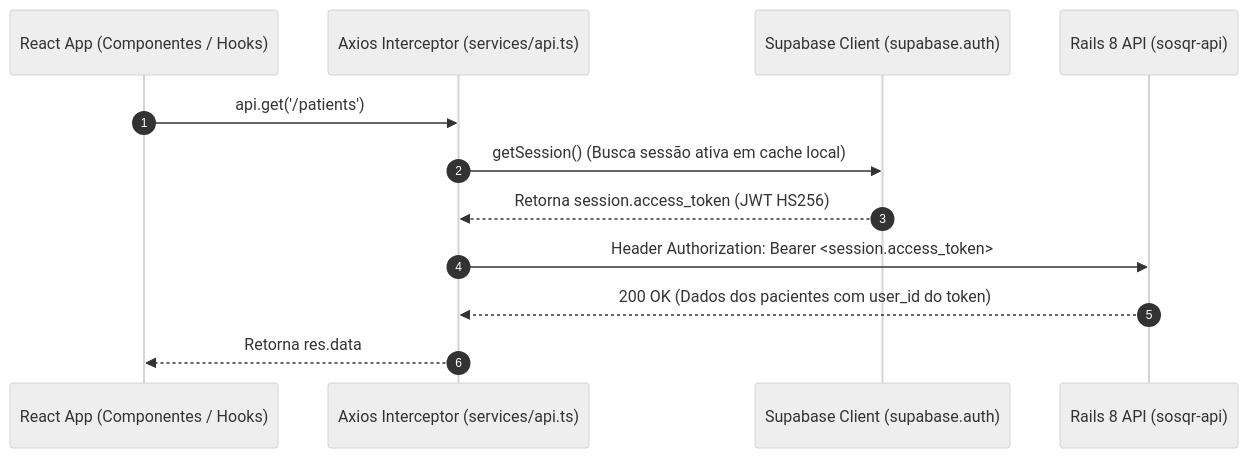
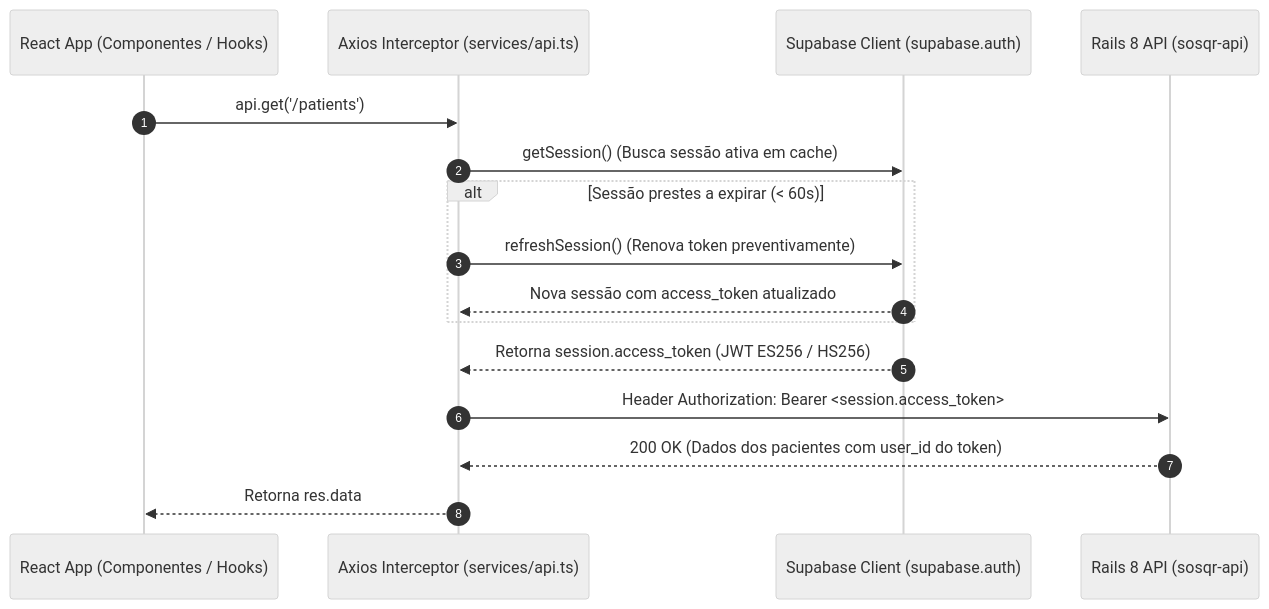
Before and after one commit to Giorkryer/sosqr: the second of 2 diagrams in frontend/sosqr-web/FRONTEND_SPEC.md, drawn with Mermaid (neutral theme). The commit also changed other lines of this file and 3 other files, not shown here.

````diff
--- a/frontend/sosqr-web/FRONTEND_SPEC.md
+++ b/frontend/sosqr-web/FRONTEND_SPEC.md
@@ -313,15 +320,19 @@
 ```mermaid
 sequenceDiagram
     autonumber
     participant React as React App (Componentes / Hooks)
     participant Axios as Axios Interceptor (services/api.ts)
     participant Supabase as Supabase Client (supabase.auth)
     participant Rails as Rails 8 API (sosqr-api)
 
     React->>Axios: api.get('/patients')
-    Axios->>Supabase: getSession() (Busca sessão ativa em cache local)
-    Supabase-->>Axios: Retorna session.access_token (JWT HS256)
+    Axios->>Supabase: getSession() (Busca sessão ativa em cache)
+    alt Sessão prestes a expirar (< 60s)
+        Axios->>Supabase: refreshSession() (Renova token preventivamente)
+        Supabase-->>Axios: Nova sessão com access_token atualizado
+    end
+    Supabase-->>Axios: Retorna session.access_token (JWT ES256 / HS256)
     Axios->>Rails: Header Authorization: Bearer <session.access_token>
     Rails-->>Axios: 200 OK (Dados dos pacientes com user_id do token)
     Axios-->>React: Retorna res.data
 ```
````
